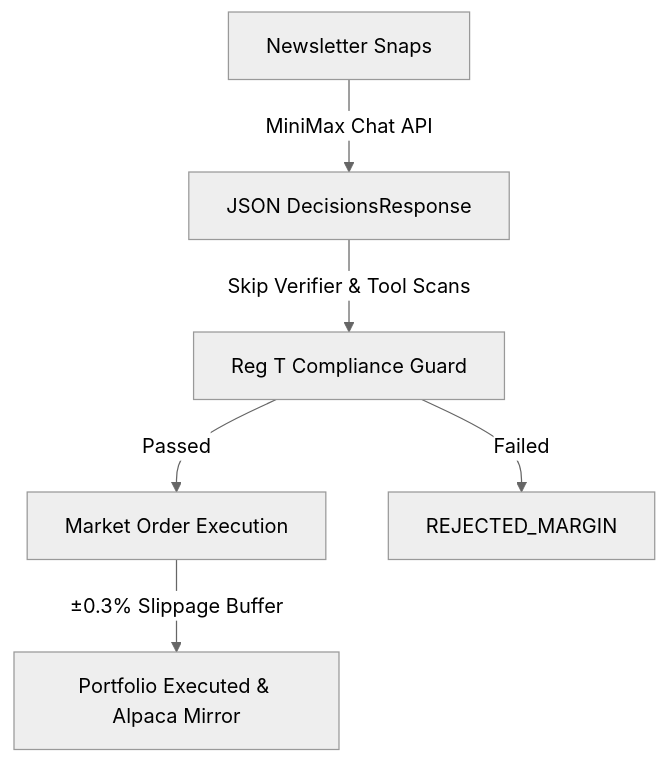
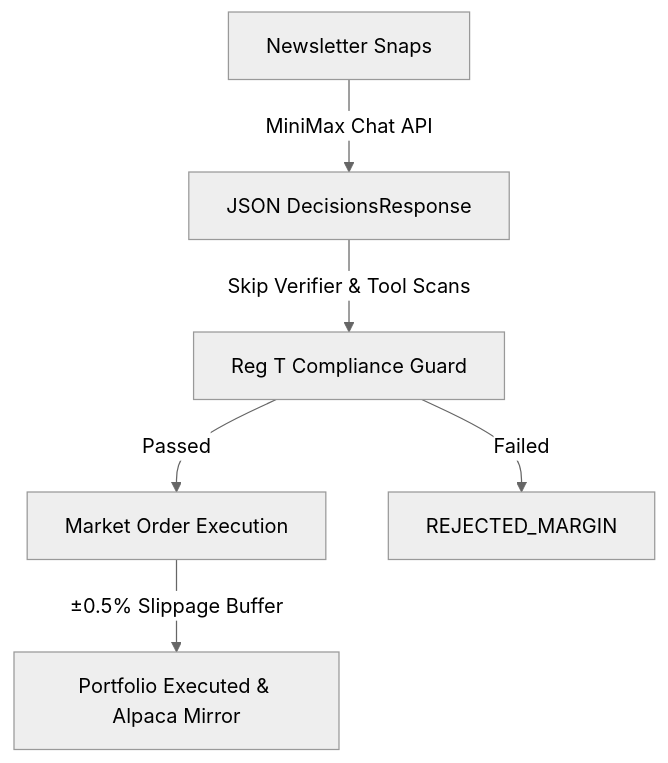
One commit to g-vega-cl/llm-market-bench changed the diagram in wiki/concepts/minimax-portfolio.md. Above: the diagram before and after it, drawn with Mermaid (neutral theme). The commit also changed other lines of this file and 7 other files, not shown here.

````diff
--- a/wiki/concepts/minimax-portfolio.md
+++ b/wiki/concepts/minimax-portfolio.md
@@ -16,8 +16,8 @@
 ```mermaid
 graph TD
     A[Newsletter Snaps] -->|MiniMax Chat API| B[JSON DecisionsResponse]
     B -->|Skip Verifier & Tool Scans| C[Reg T Compliance Guard]
     C -->|Passed| D[Market Order Execution]
     C -->|Failed| E[REJECTED_MARGIN]
-    D -->|±0.3% Slippage Buffer| F[Portfolio Executed & Alpaca Mirror]
+    D -->|±0.5% Slippage Buffer| F[Portfolio Executed & Alpaca Mirror]
 ```
````
